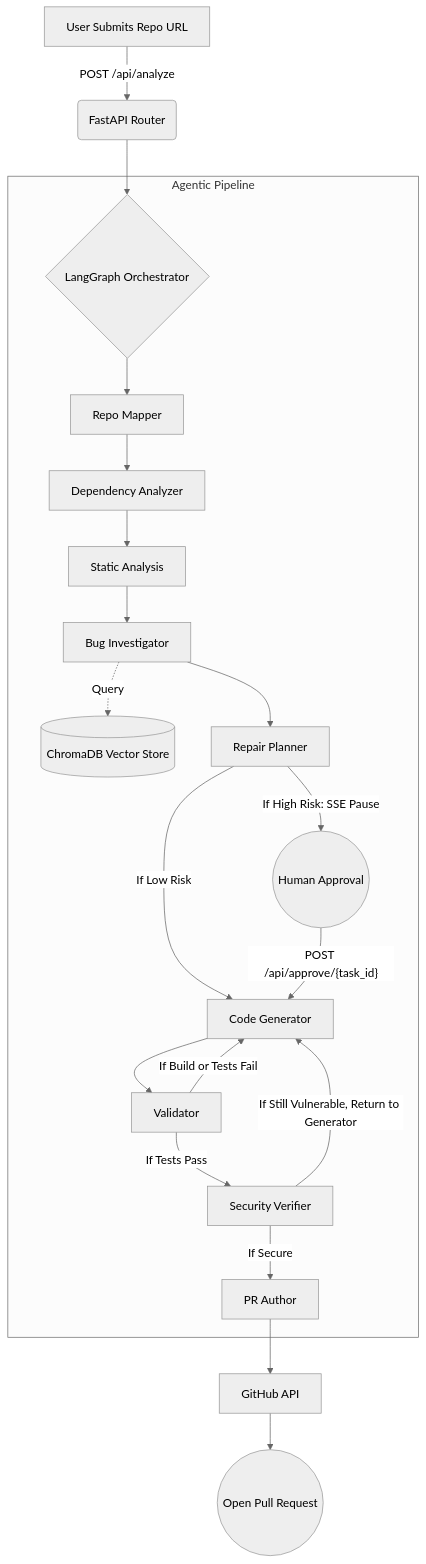
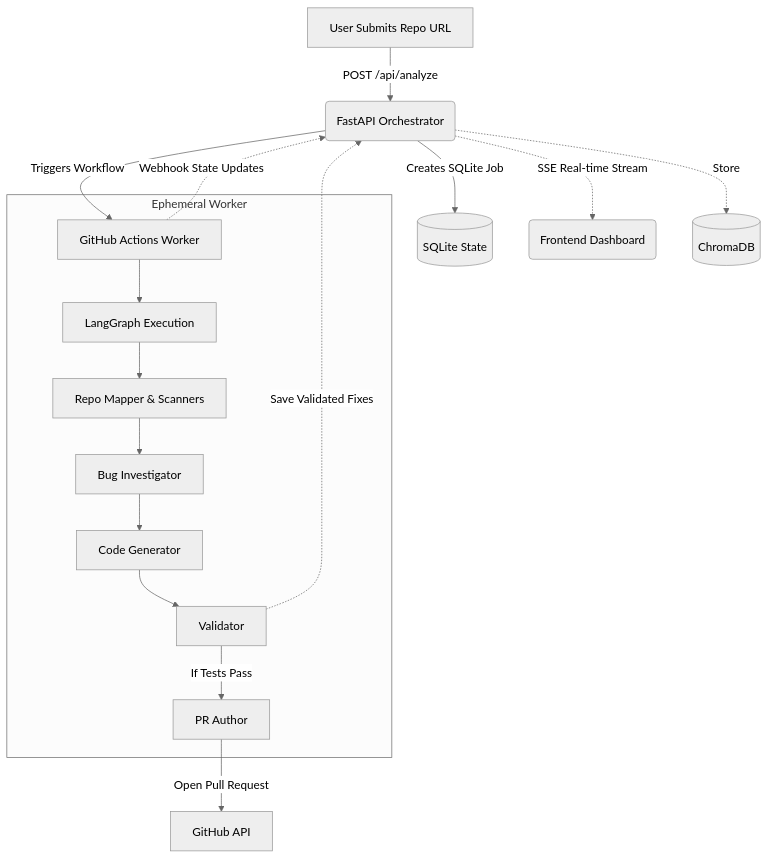
Before and after one commit to udarshcodes/codesentinel: the diagram in README.md, drawn with Mermaid (neutral theme). The commit also changed other lines of this file and 11 other files, not shown here.

Commit message:
feat: complete architectural refactor to orchestrator and ephemeral worker model

````diff
--- a/README.md
+++ b/README.md
@@ -66,25 +79,23 @@
 ```mermaid
 graph TD
-    A[User Submits Repo URL] -->|POST /api/analyze| B(FastAPI Router)
-    B --> C{LangGraph Orchestrator}
+    A[User Submits Repo URL] -->|POST /api/analyze| B(FastAPI Orchestrator)
+    B -->|Creates SQLite Job| C[(SQLite State)]
+    B -->|Triggers Workflow| D[GitHub Actions Worker]
     
-    subgraph Agentic Pipeline
-    C --> D[Repo Mapper]
-    D --> DA[Dependency Analyzer]
-    DA --> SA[Static Analysis]
-    SA --> F[Bug Investigator]
-    F -.->|Query| G[(ChromaDB Vector Store)]
-    F --> H[Repair Planner]
-    H -->|If High Risk: SSE Pause| I((Human Approval))
-    H -->|If Low Risk| J[Code Generator]
-    I -->|"POST /api/approve/{task_id}"| J
-    J --> K[Validator]
-    K -->|If Build or Tests Fail| J
-    K -->|If Tests Pass| SV[Security Verifier]
-    SV -->|If Still Vulnerable, Return to Generator| J
-    SV -->|If Secure| L[PR Author]
+    subgraph Ephemeral Worker
+    D --> E[LangGraph Execution]
+    E --> F[Repo Mapper & Scanners]
+    F --> G[Bug Investigator]
+    G --> H[Code Generator]
+    H --> I[Validator]
+    I -->|If Tests Pass| J[PR Author]
     end
     
-    L --> M[GitHub API]
-    M --> N((Open Pull Request))
+    J -->|Open Pull Request| K[GitHub API]
+    
+    D -.->|Webhook State Updates| B
+    B -.->|SSE Real-time Stream| L(Frontend Dashboard)
+    
+    I -.->|Save Validated Fixes| B
+    B -.->|Store| M[(ChromaDB)]
 ```
````
